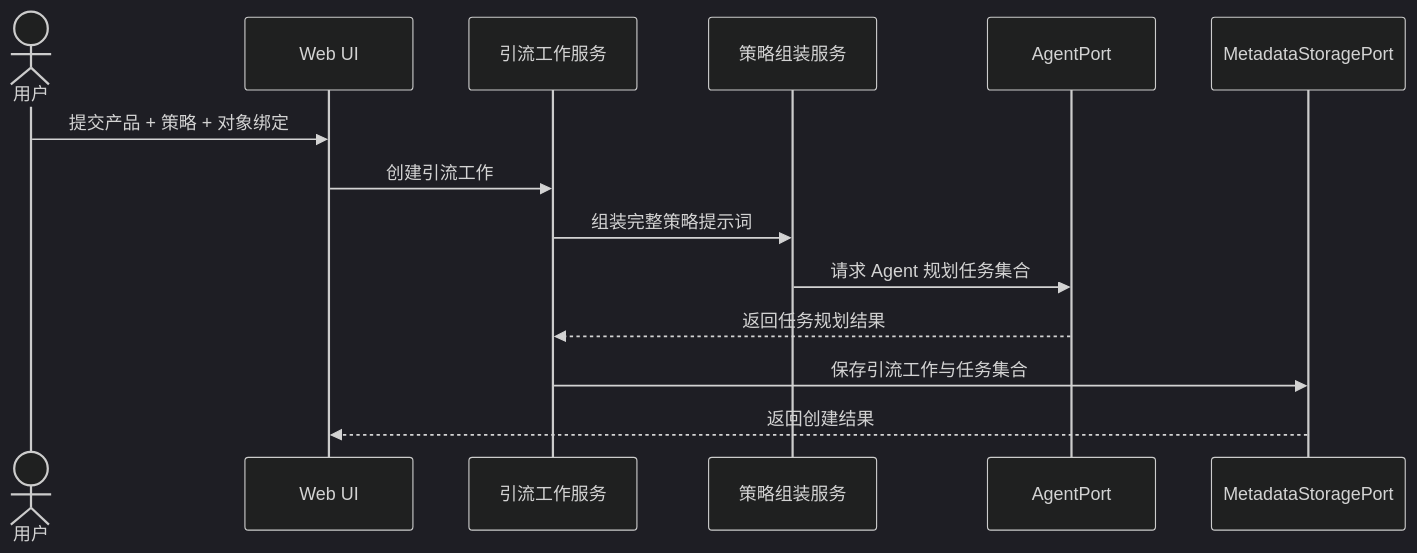
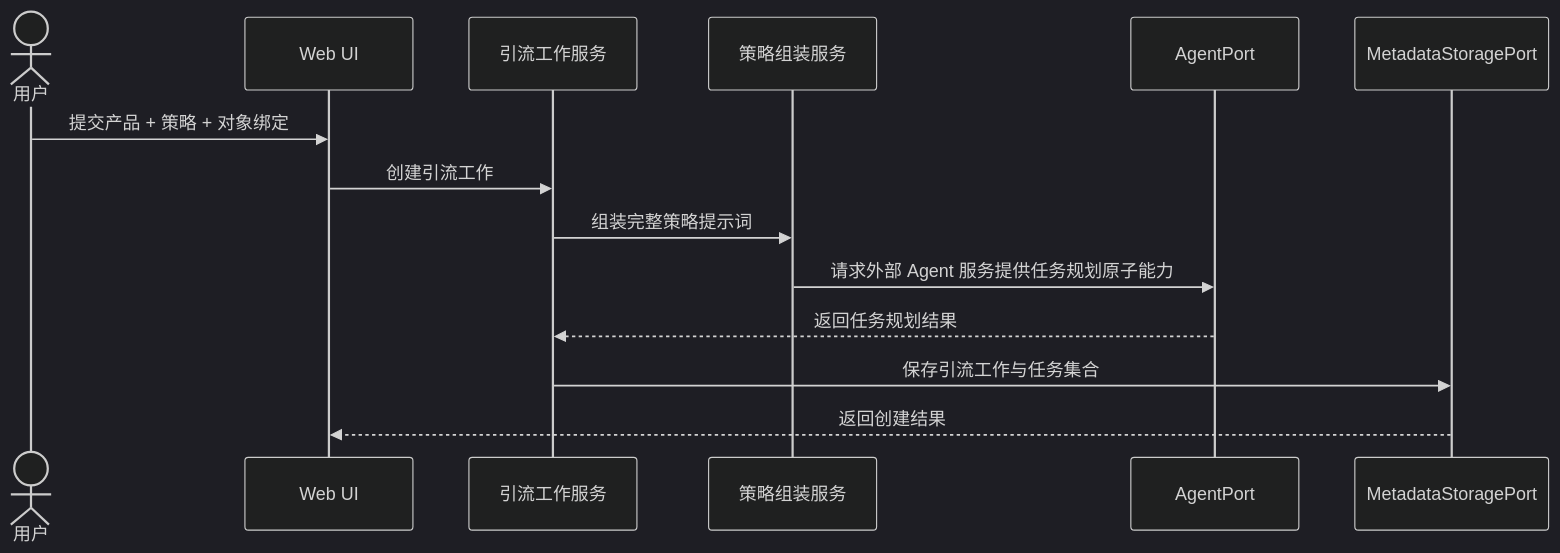
One commit to Time-Machine-Lab/CyberNomads changed the fourth of 7 diagrams in docs/design/Cybernomads架构设计文档.md. Above: the diagram before and after it, drawn with Mermaid (dark theme). The commit also changed other lines of this file and 1 other file, not shown here.

First line of the commit message:
Refine Cybernomads design documents and introduce Agent service domain

````diff
--- a/docs/design/Cybernomads架构设计文档.md
+++ b/docs/design/Cybernomads架构设计文档.md
@@ -195,17 +197,17 @@
 ```mermaid
 sequenceDiagram
     actor U as 用户
     participant UI as Web UI
     participant WS as 引流工作服务
     participant SS as 策略组装服务
     participant AP as AgentPort
     participant MS as MetadataStoragePort
 
     U->>UI: 提交产品 + 策略 + 对象绑定
     UI->>WS: 创建引流工作
     WS->>SS: 组装完整策略提示词
-    SS->>AP: 请求 Agent 规划任务集合
+    SS->>AP: 请求外部 Agent 服务提供任务规划原子能力
     AP-->>WS: 返回任务规划结果
     WS->>MS: 保存引流工作与任务集合
     MS-->>UI: 返回创建结果
 ```
````
